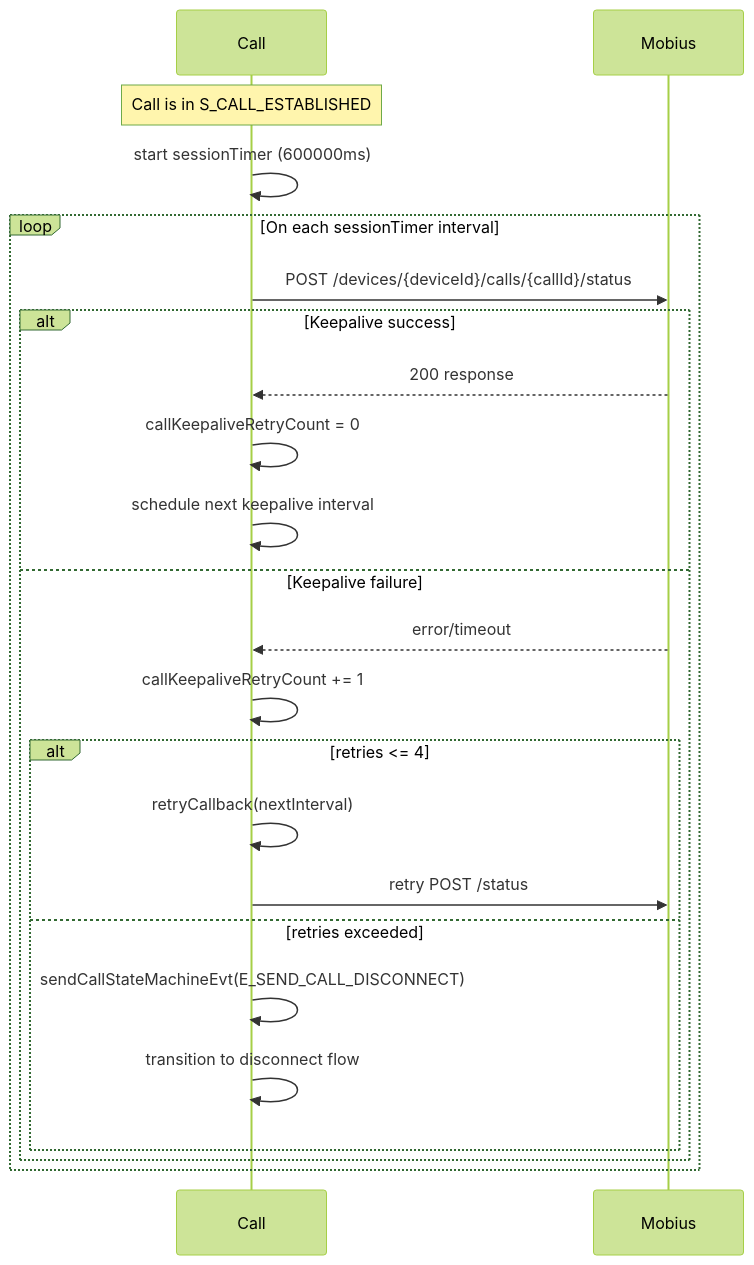
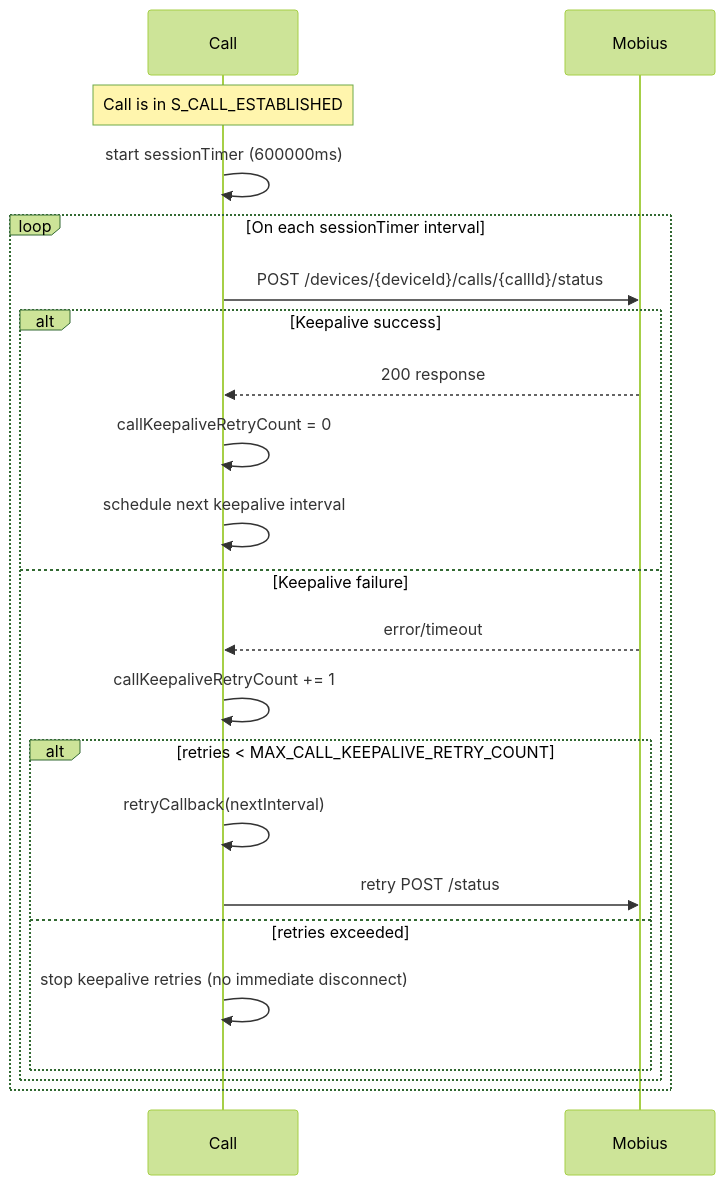
One commit to webex/webex-js-sdk changed diagram 19 of 19 in packages/calling/src/CallingClient/calling/ai-docs/ARCHITECTURE.md. Above: the diagram before and after it, drawn with Mermaid (forest theme). The commit also changed other lines of this file and 1 other file, not shown here.

````diff
--- a/packages/calling/src/CallingClient/calling/ai-docs/ARCHITECTURE.md
+++ b/packages/calling/src/CallingClient/calling/ai-docs/ARCHITECTURE.md
@@ -808,27 +855,26 @@
 ```mermaid
 sequenceDiagram
     participant Call as Call
     participant Mobius as Mobius
 
     Note over Call: Call is in S_CALL_ESTABLISHED
     Call->>Call: start sessionTimer (600000ms)
 
     loop On each sessionTimer interval
         Call->>Mobius: POST /devices/{deviceId}/calls/{callId}/status
         alt Keepalive success
             Mobius-->>Call: 200 response
             Call->>Call: callKeepaliveRetryCount = 0
             Call->>Call: schedule next keepalive interval
         else Keepalive failure
             Mobius-->>Call: error/timeout
             Call->>Call: callKeepaliveRetryCount += 1
-            alt retries <= 4
+            alt retries < MAX_CALL_KEEPALIVE_RETRY_COUNT
                 Call->>Call: retryCallback(nextInterval)
                 Call->>Mobius: retry POST /status
             else retries exceeded
-                Call->>Call: sendCallStateMachineEvt(E_SEND_CALL_DISCONNECT)
-                Call->>Call: transition to disconnect flow
+                Call->>Call: stop keepalive retries (no immediate disconnect)
             end
         end
     end
 ```
````
